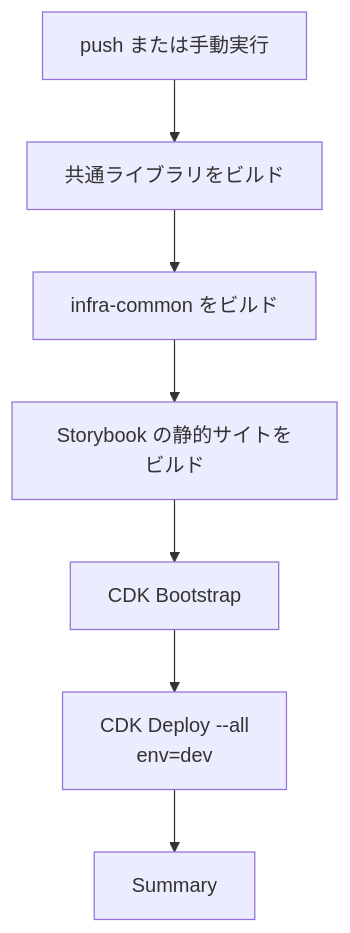
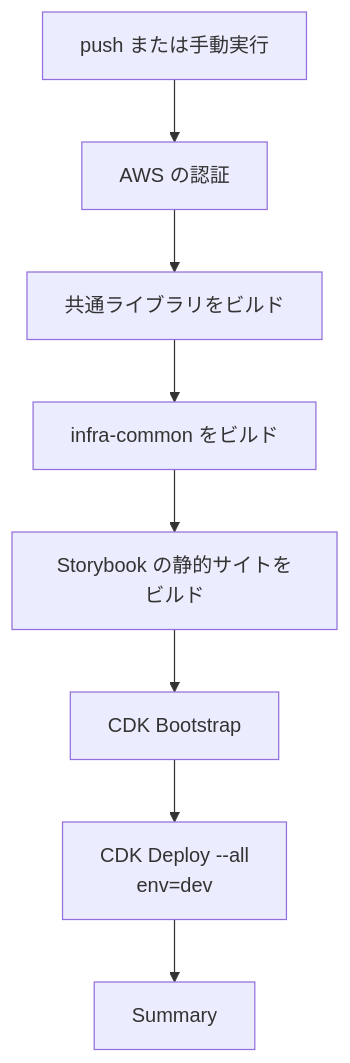
The second of 2 diagrams in docs/platform/specs/deploy.md (nagiyu/nagiyu-platform), drawn with Mermaid before and after one commit. The commit also changed other lines of this file and 11 other files, not shown here.

````diff
--- a/docs/platform/specs/deploy.md
+++ b/docs/platform/specs/deploy.md
@@ -183,9 +174,10 @@
 ```mermaid
 flowchart TD
-    A[push または手動実行] --> B[共通ライブラリをビルド]
-    B --> C[infra-common をビルド]
-    C --> D[Storybook の静的サイトをビルド]
-    D --> E[CDK Bootstrap]
-    E --> F[CDK Deploy --all<br/>env=dev]
-    F --> G[Summary]
+    A[push または手動実行] --> B[AWS の認証]
+    B --> C[共通ライブラリをビルド]
+    C --> D[infra-common をビルド]
+    D --> E[Storybook の静的サイトをビルド]
+    E --> F[CDK Bootstrap]
+    F --> G[CDK Deploy --all<br/>env=dev]
+    G --> H[Summary]
 ```
````
